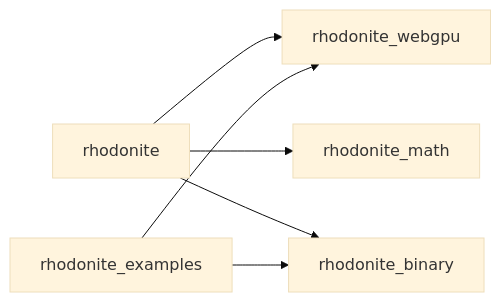
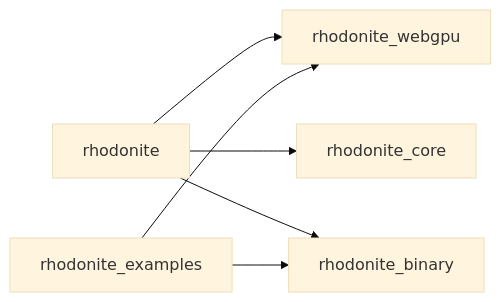
Before and after one commit to emadurandal/RhodoniteMBT: the diagram in docs/module_boundaries.md, drawn with Mermaid (base theme). The commit also changed other lines of this file and 32 other files, not shown here.

First line of the commit message:
refactor: Replace rhodonite_math with rhodonite_core module

````diff
--- a/docs/module_boundaries.md
+++ b/docs/module_boundaries.md
@@ -29,13 +29,13 @@
 ```mermaid
 flowchart LR
   facade["rhodonite"]
   webgpu["rhodonite_webgpu"]
-  math["rhodonite_math"]
+  core["rhodonite_core"]
   binary["rhodonite_binary"]
   examples["rhodonite_examples"]
   facade --> webgpu
-  facade --> math
+  facade --> core
   facade --> binary
   examples --> webgpu
   examples --> binary
 ```
````
